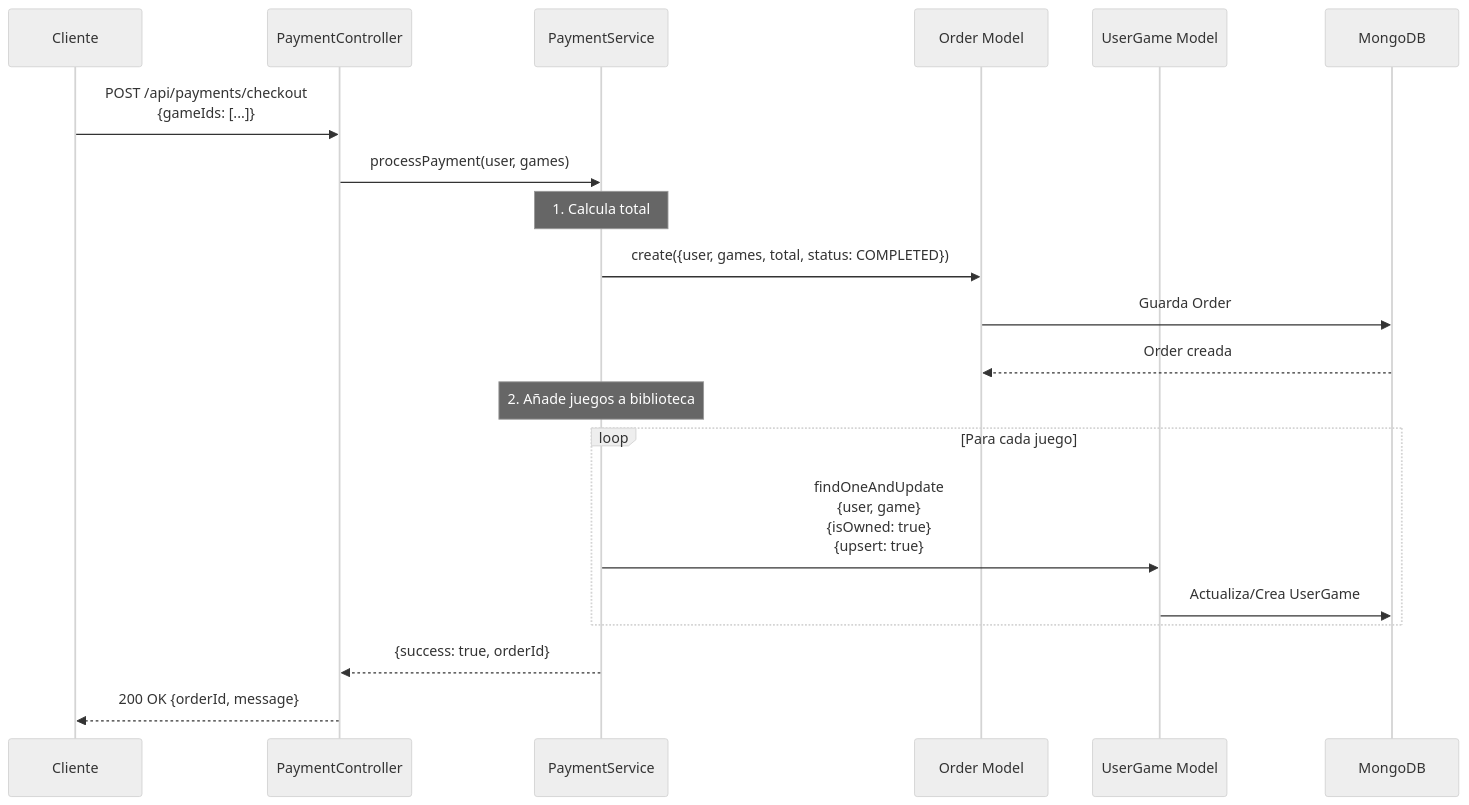
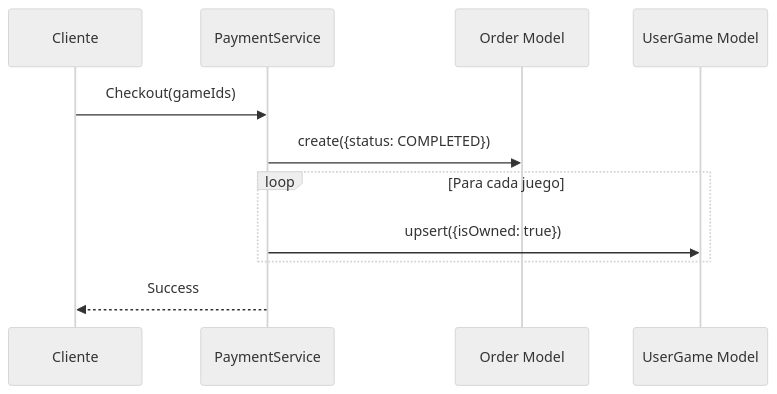
The fourth of 5 diagrams in docs/architecture.md (3FactorLab/game_manager_api), drawn with Mermaid (neutral theme) before and after one commit. The commit also changed other lines of this file, not shown here.

````diff
--- a/docs/architecture.md
+++ b/docs/architecture.md
@@ -609,26 +301,14 @@
 ```mermaid
 sequenceDiagram
     participant C as Cliente
-    participant PC as PaymentController
     participant PS as PaymentService
     participant OM as Order Model
     participant UGM as UserGame Model
-    participant DB as MongoDB
 
-    C->>PC: POST /api/payments/checkout<br/>{gameIds: [...]}
-    PC->>PS: processPayment(user, games)
-
-    Note over PS: 1. Calcula total
-    PS->>OM: create({user, games, total, status: COMPLETED})
-    OM->>DB: Guarda Order
-    DB-->>OM: Order creada
-
-    Note over PS: 2. Añade juegos a biblioteca
+    C->>PS: Checkout(gameIds)
+    PS->>OM: create({status: COMPLETED})
     loop Para cada juego
-        PS->>UGM: findOneAndUpdate<br/>{user, game}<br/>{isOwned: true}<br/>{upsert: true}
-        UGM->>DB: Actualiza/Crea UserGame
+        PS->>UGM: upsert({isOwned: true})
     end
-
-    PS-->>PC: {success: true, orderId}
-    PC-->>C: 200 OK {orderId, message}
+    PS-->>C: Success
 ```
````
